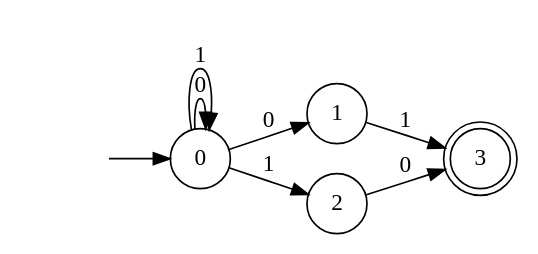
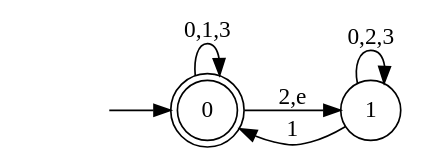
Before and after one commit to Umato/computer_practices: the diagram in NFA/NFA1.gv, drawn with Graphviz. The commit also changed 12 other files, not shown here.

```diff
--- a/NFA/NFA1.gv
+++ b/NFA/NFA1.gv
@@ -1,13 +1,11 @@
 digraph finite_state_machine{
 	rankdir=LR;
-	node [shape = doublecircle]; 3;
+	node [shape = doublecircle]; 0;
 	node [shape = circle];
 	init [shape=none, label=""];
 	init -> 0;
-	0 -> 0 [label = "0"];
-	0 -> 1 [label = "0"];
-	0 -> 0 [label = "1"];
-	0 -> 2 [label = "1"];
-	1 -> 3 [label = "1"];
-	2 -> 3 [label = "0"];
+	0 -> 0 [label = "0,1,3"];
+	0 -> 1 [label = "2,e"];
+	1 -> 0 [label = "1"];
+	1 -> 1 [label = "0,2,3"];
 }
```
